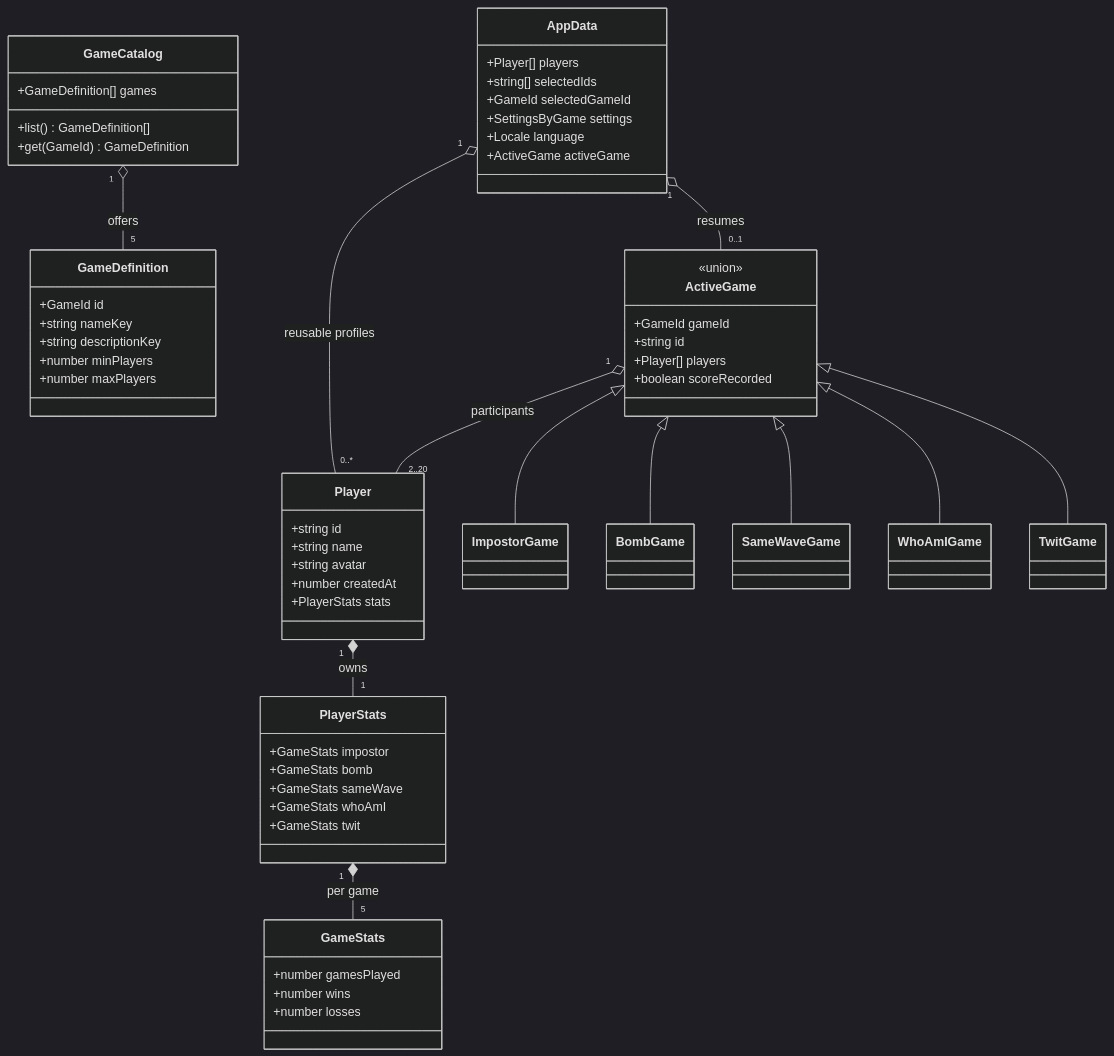
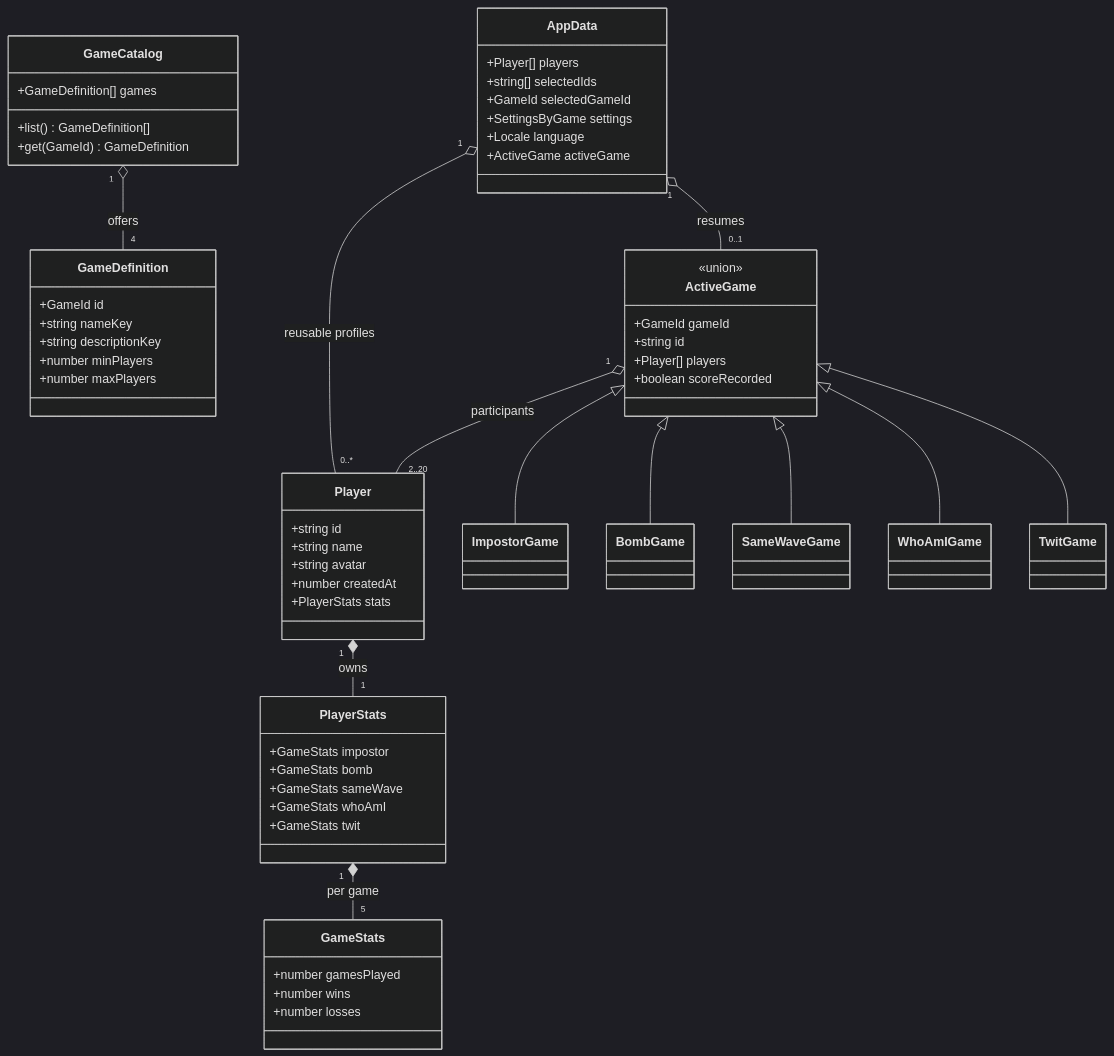
One commit to LucaSforza/ImpostorGame changed the diagram in kb/catalog-design.md. Above: the diagram before and after it, drawn with Mermaid (dark theme). The commit also changed other lines of this file and 34 other files, not shown here.

Commit message:
docs: refresh game catalog and prepare public launch materials

````diff
--- a/kb/catalog-design.md
+++ b/kb/catalog-design.md
@@ -11,66 +11,66 @@
 ```mermaid
 classDiagram
   class GameCatalog {
     +GameDefinition[] games
     +list() GameDefinition[]
     +get(GameId) GameDefinition
   }
   class GameDefinition {
     +GameId id
     +string nameKey
     +string descriptionKey
     +number minPlayers
     +number maxPlayers
   }
   class AppData {
     +Player[] players
     +string[] selectedIds
     +GameId selectedGameId
     +SettingsByGame settings
     +Locale language
     +ActiveGame activeGame
   }
   class Player {
     +string id
     +string name
     +string avatar
     +number createdAt
     +PlayerStats stats
   }
   class PlayerStats {
     +GameStats impostor
     +GameStats bomb
     +GameStats sameWave
     +GameStats whoAmI
     +GameStats twit
   }
   class GameStats {
     +number gamesPlayed
     +number wins
     +number losses
   }
   class ActiveGame {
     <<union>>
     +GameId gameId
     +string id
     +Player[] players
     +boolean scoreRecorded
   }
   class ImpostorGame
   class BombGame
   class SameWaveGame
   class WhoAmIGame
   class TwitGame
 
-  GameCatalog "1" o-- "5" GameDefinition : offers
+  GameCatalog "1" o-- "4" GameDefinition : offers
   AppData "1" o-- "0..*" Player : reusable profiles
   Player "1" *-- "1" PlayerStats : owns
   PlayerStats "1" *-- "5" GameStats : per game
   AppData "1" o-- "0..1" ActiveGame : resumes
   ActiveGame <|-- ImpostorGame
   ActiveGame <|-- BombGame
   ActiveGame <|-- SameWaveGame
   ActiveGame <|-- WhoAmIGame
   ActiveGame <|-- TwitGame
   ActiveGame "1" o-- "2..20" Player : participants
 ```
````
